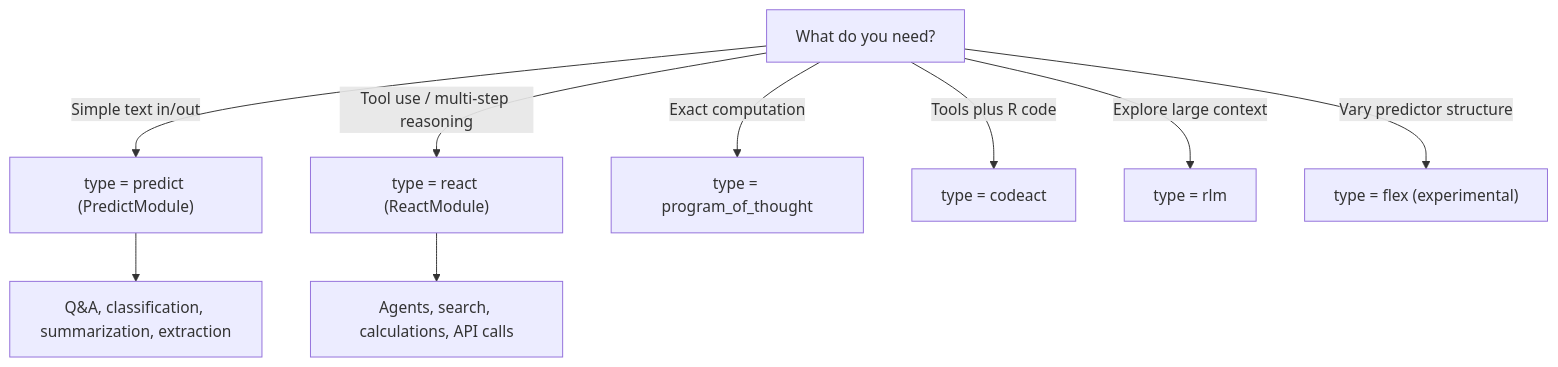
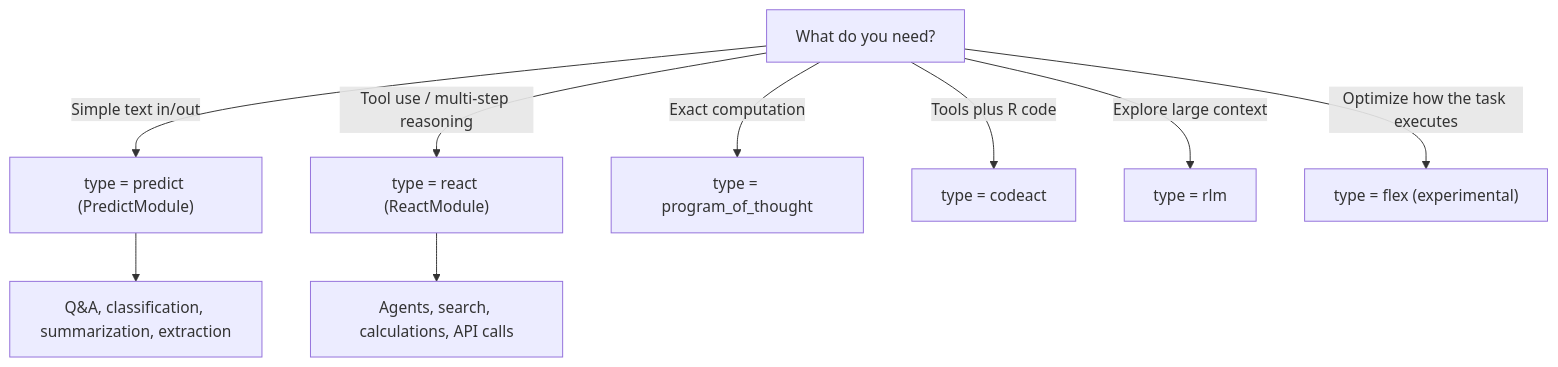
The first of 2 diagrams in vignettes/cheatsheet.Rmd (JamesHWade/dsprrr), drawn with Mermaid before and after one commit. The commit also changed other lines of this file and 23 other files, not shown here.

````diff
--- a/vignettes/cheatsheet.Rmd
+++ b/vignettes/cheatsheet.Rmd
@@ -299,12 +299,12 @@
 ```mermaid
 flowchart TB
   Start["What do you need?"]
   Start -->|Simple text in/out| Predict["type = predict (PredictModule)"]
   Predict --> PredictUse["Q&A, classification, summarization, extraction"]
   Start -->|Tool use / multi-step reasoning| React["type = react (ReactModule)"]
   React --> ReactUse["Agents, search, calculations, API calls"]
   Start -->|Exact computation| POT["type = program_of_thought"]
   Start -->|Tools plus R code| CodeAct["type = codeact"]
   Start -->|Explore large context| RLM["type = rlm"]
-  Start -->|Vary predictor structure| Flex["type = flex (experimental)"]
+  Start -->|Optimize how the task executes| Flex["type = flex (experimental)"]
 ```
````
